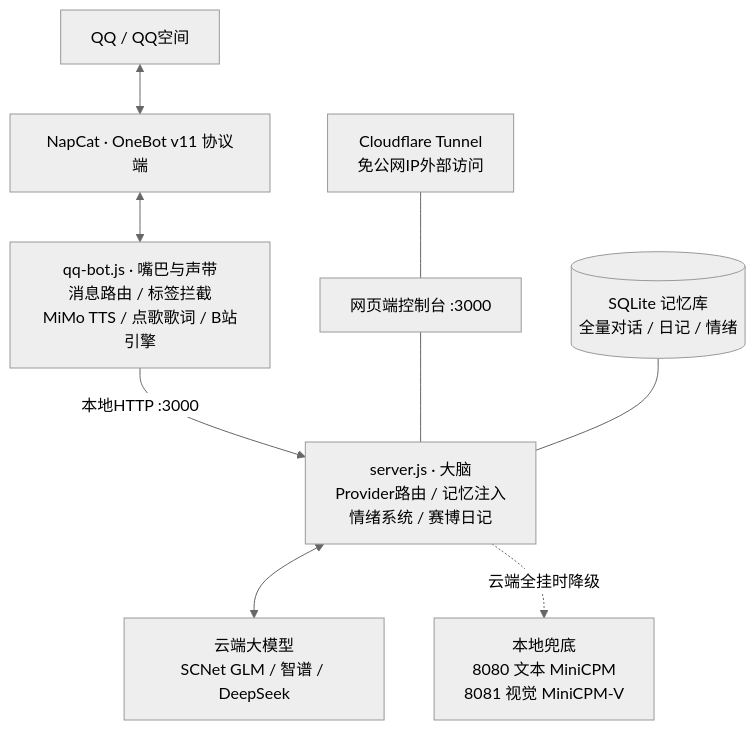
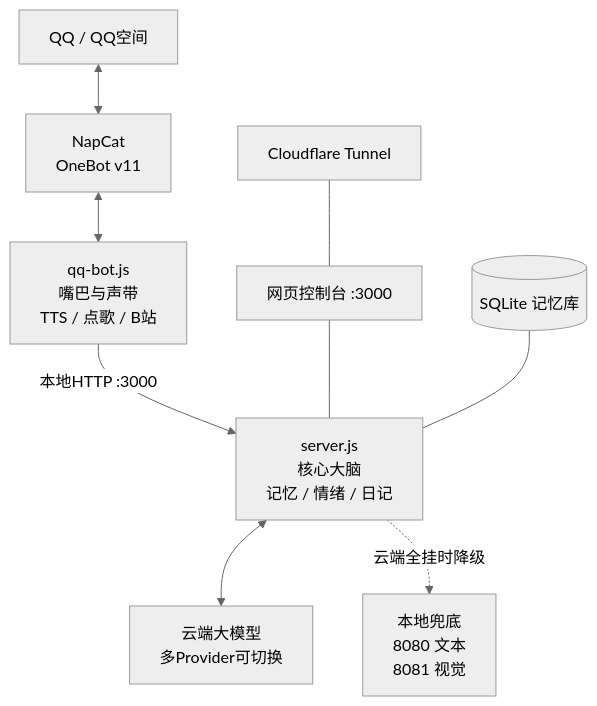
One commit to CiveStudio/CiveBot changed the diagram in README.md. Above: the diagram before and after it, drawn with Mermaid (neutral theme). The commit also changed other lines of this file, not shown here.

````diff
--- a/README.md
+++ b/README.md
@@ -22,11 +22,11 @@
 ```mermaid
 flowchart TB
-    QQ["QQ / QQ空间"] <--> NC["NapCat · OneBot v11 协议端"]
-    NC <--> BOT["qq-bot.js · 嘴巴与声带<br/>消息路由 / 标签拦截<br/>MiMo TTS / 点歌歌词 / B站引擎"]
-    BOT -- "本地HTTP :3000" --> SRV["server.js · 大脑<br/>Provider路由 / 记忆注入<br/>情绪系统 / 赛博日记"]
-    SRV <--> CLOUD["云端大模型<br/>SCNet GLM / 智谱 / DeepSeek"]
-    SRV -.->|云端全挂时降级| LOCAL["本地兜底<br/>8080 文本 MiniCPM<br/>8081 视觉 MiniCPM-V"]
-    WEB["网页端控制台 :3000"] --- SRV
-    CF["Cloudflare Tunnel<br/>免公网IP外部访问"] --- WEB
-    DB[("SQLite 记忆库<br/>全量对话 / 日记 / 情绪")] --- SRV
+    QQ["QQ / QQ空间"] <--> NC["NapCat<br/>OneBot v11"]
+    NC <--> BOT["qq-bot.js<br/>嘴巴与声带<br/>TTS / 点歌 / B站"]
+    BOT -->|"本地HTTP :3000"| SRV["server.js<br/>核心大脑<br/>记忆 / 情绪 / 日记"]
+    SRV <--> CLOUD["云端大模型<br/>多Provider可切换"]
+    SRV -.->|"云端全挂时降级"| LOCAL["本地兜底<br/>8080 文本<br/>8081 视觉"]
+    WEB["网页控制台 :3000"] --- SRV
+    CF["Cloudflare Tunnel"] --- WEB
+    DB[("SQLite 记忆库")] --- SRV
 ```
````
